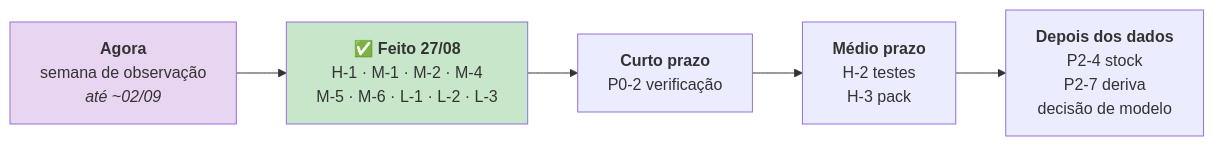
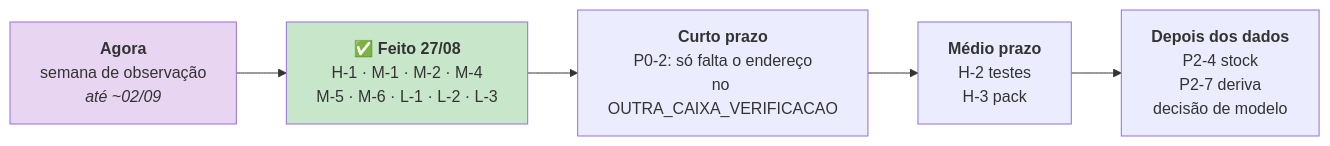
Before and after one commit to joaocarvalhini/Outlook-Reply-Assistant: the third of 3 diagrams in docs/07-roadmap/improvements.md, drawn with Mermaid. The commit also changed other lines of this file and 5 other files, not shown here.

````diff
--- a/docs/07-roadmap/improvements.md
+++ b/docs/07-roadmap/improvements.md
@@ -172,10 +171,10 @@
 ```mermaid
 flowchart LR
     A["<b>Agora</b><br/>semana de observação<br/><i>até ~02/09</i>"] --> B["<b>✅ Feito 27/08</b><br/>H-1 · M-1 · M-2 · M-4<br/>M-5 · M-6 · L-1 · L-2 · L-3"]
-    B --> C["<b>Curto prazo</b><br/>P0-2 verificação"]
+    B --> C["<b>Curto prazo</b><br/>P0-2: só falta o endereço<br/>no OUTRA_CAIXA_VERIFICACAO"]
     C --> D["<b>Médio prazo</b><br/>H-2 testes<br/>H-3 pack"]
     D --> E["<b>Depois dos dados</b><br/>P2-4 stock<br/>P2-7 deriva<br/>decisão de modelo"]
 
     style A fill:#e8d5f2
     style B fill:#c8e6c9
 ```
````
